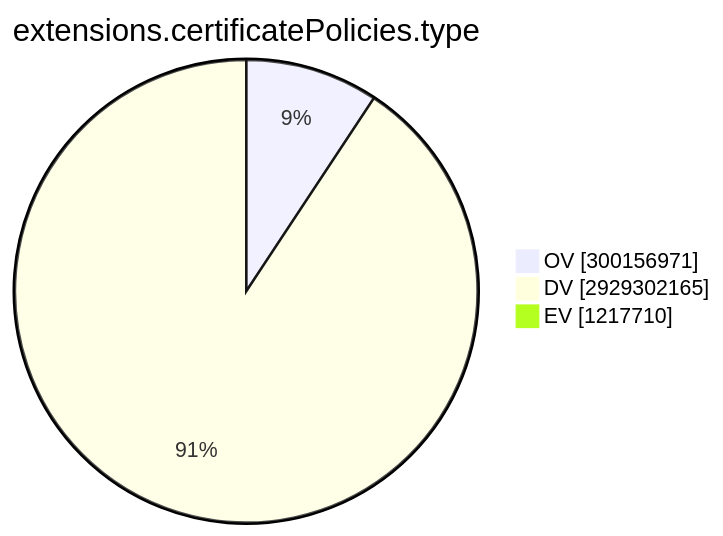
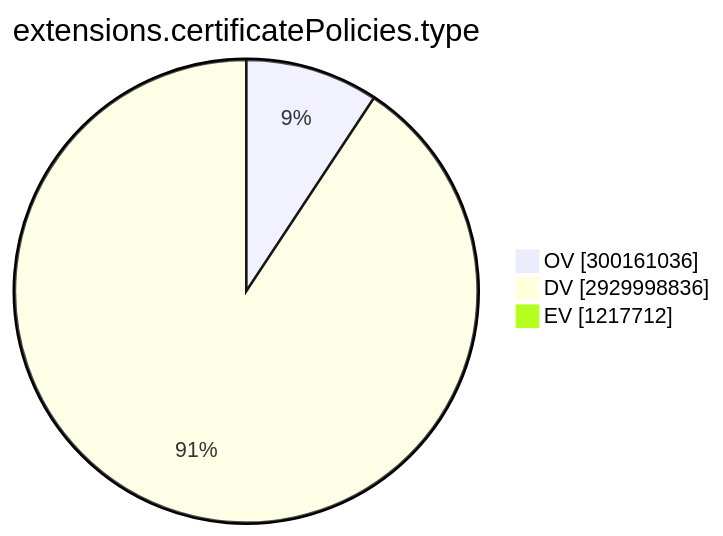
The ninth of 15 diagrams in TOTAL/README.md (christiankrug/ctmonitor_visualization), drawn with Mermaid before and after one commit. The commit also changed other lines of this file, not shown here.

````diff
--- a/TOTAL/README.md
+++ b/TOTAL/README.md
@@ -3101,7 +3101,7 @@
 ```mermaid
 pie showData
 title extensions.certificatePolicies.type
-"OV" :300156971
-"DV" :2929302165
-"EV" :1217710
+"OV" :300161036
+"DV" :2929998836
+"EV" :1217712
 ```
````
